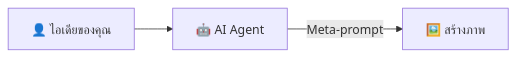
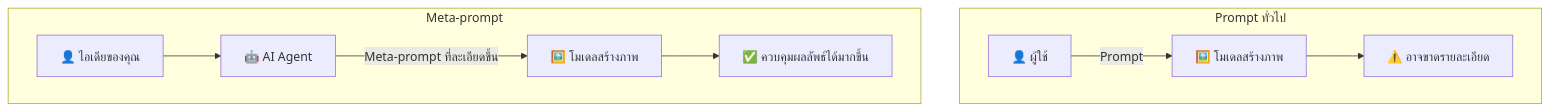
The diagram in docs/i18n/README.th.md (taewat07/OccMed-ImageGen), drawn with Mermaid before and after one commit. The commit also changed other lines of this file and 1 other file, not shown here.

Commit message:
compare regular prompts with meta-prompts

````diff
--- a/docs/i18n/README.th.md
+++ b/docs/i18n/README.th.md
@@ -11,5 +11,14 @@
 ```mermaid
-flowchart LR
-    A["👤 ไอเดียของคุณ"] --> B["🤖 AI Agent"]
-    B -- "Meta-prompt" --> C["🖼️ สร้างภาพ"]
+flowchart TB
+    subgraph regular["Prompt ทั่วไป"]
+        direction LR
+        R1["👤 ผู้ใช้"] -- "Prompt" --> R2["🖼️ โมเดลสร้างภาพ"]
+        R2 --> R3["⚠️ อาจขาดรายละเอียด"]
+    end
+    subgraph meta["Meta-prompt"]
+        direction LR
+        M1["👤 ไอเดียของคุณ"] --> M2["🤖 AI Agent"]
+        M2 -- "Meta-prompt ที่ละเอียดขึ้น" --> M3["🖼️ โมเดลสร้างภาพ"]
+        M3 --> M4["✅ ควบคุมผลลัพธ์ได้มากขึ้น"]
+    end
 ```
````
